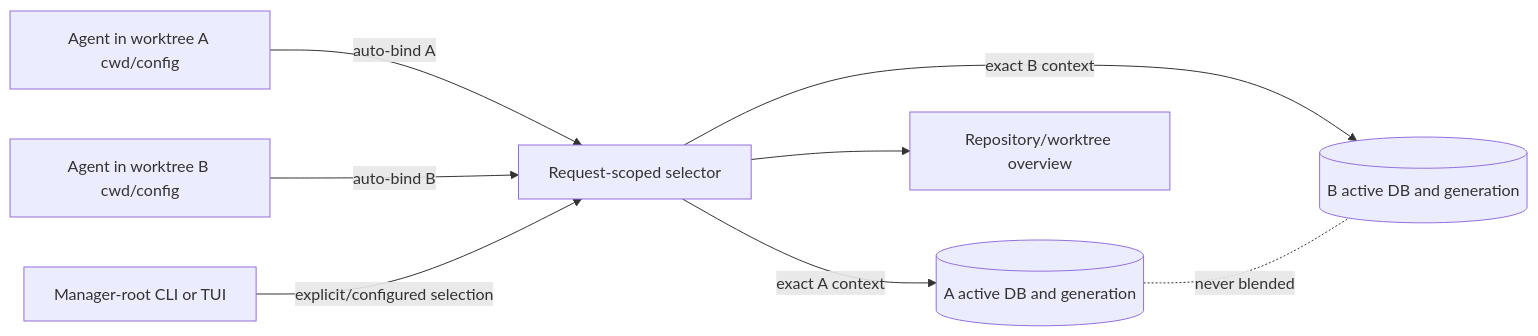
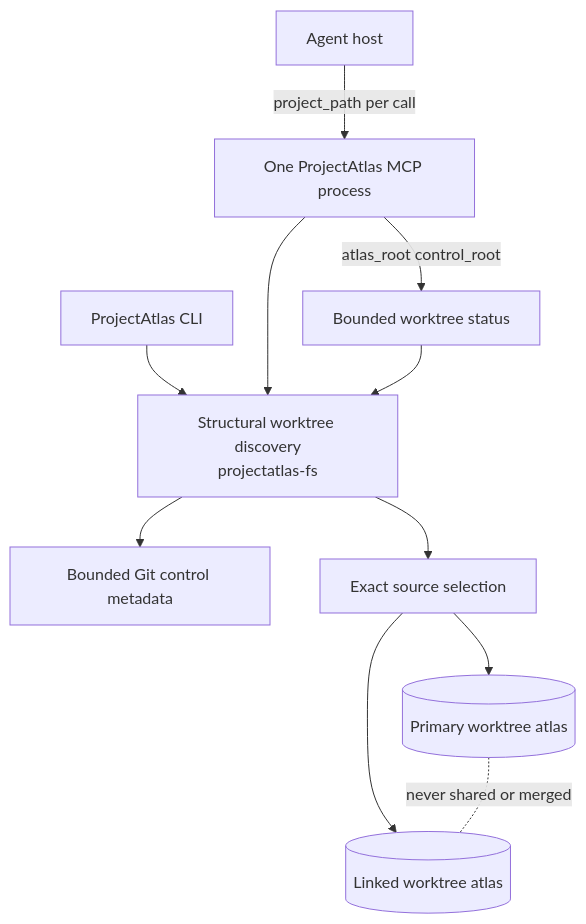
The first of 3 diagrams in docs/worktree-lifecycle.md (styler-ai/ProjectAtlas), drawn with Mermaid before and after one commit. The commit also changed other lines of this file and 19 other files, not shown here.

Commit message:
feat(worktree): add exact agent routing (#430)

````diff
--- a/docs/worktree-lifecycle.md
+++ b/docs/worktree-lifecycle.md
@@ -105,18 +9,13 @@
 ```mermaid
-flowchart LR
-    A[Agent in worktree A cwd/config]
-    B[Agent in worktree B cwd/config]
-    M[Manager-root CLI or TUI]
-    Router[Request-scoped selector]
-    ADB[(A active DB and generation)]
-    BDB[(B active DB and generation)]
-    Overview[Repository/worktree overview]
-
-    A -->|auto-bind A| Router
-    B -->|auto-bind B| Router
-    M -->|explicit/configured selection| Router
-    Router -->|exact A context| ADB
-    Router -->|exact B context| BDB
-    Router --> Overview
-    ADB -. never blended .- BDB
+flowchart TD
+    Agent[Agent host] -->|project_path per call| MCP[One ProjectAtlas MCP process]
+    CLI[ProjectAtlas CLI] --> Discover[Structural worktree discovery<br/>projectatlas-fs]
+    MCP --> Discover
+    Discover --> GitMeta[Bounded Git control metadata]
+    Discover --> Select[Exact source selection]
+    Select --> MainDB[(Primary worktree atlas)]
+    Select --> LinkedDB[(Linked worktree atlas)]
+    MainDB -. never shared or merged .- LinkedDB
+    MCP -->|atlas_root control_root| Status[Bounded worktree status]
+    Status --> Discover
 ```
````
